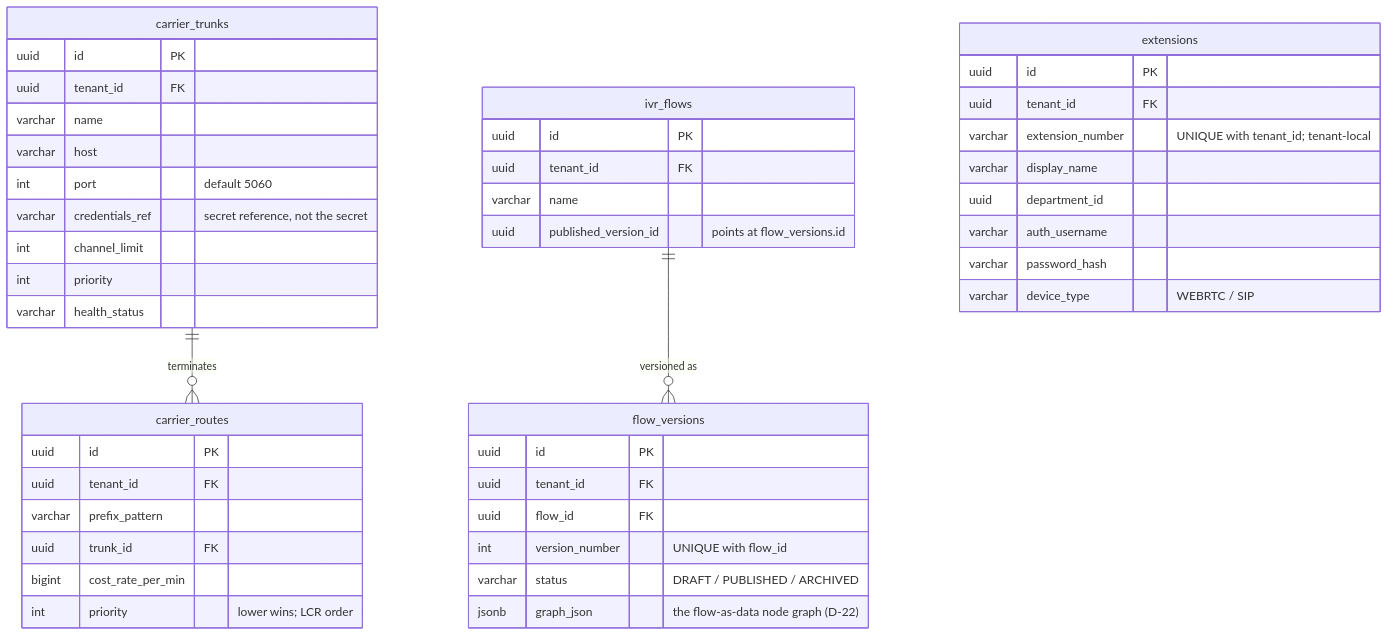
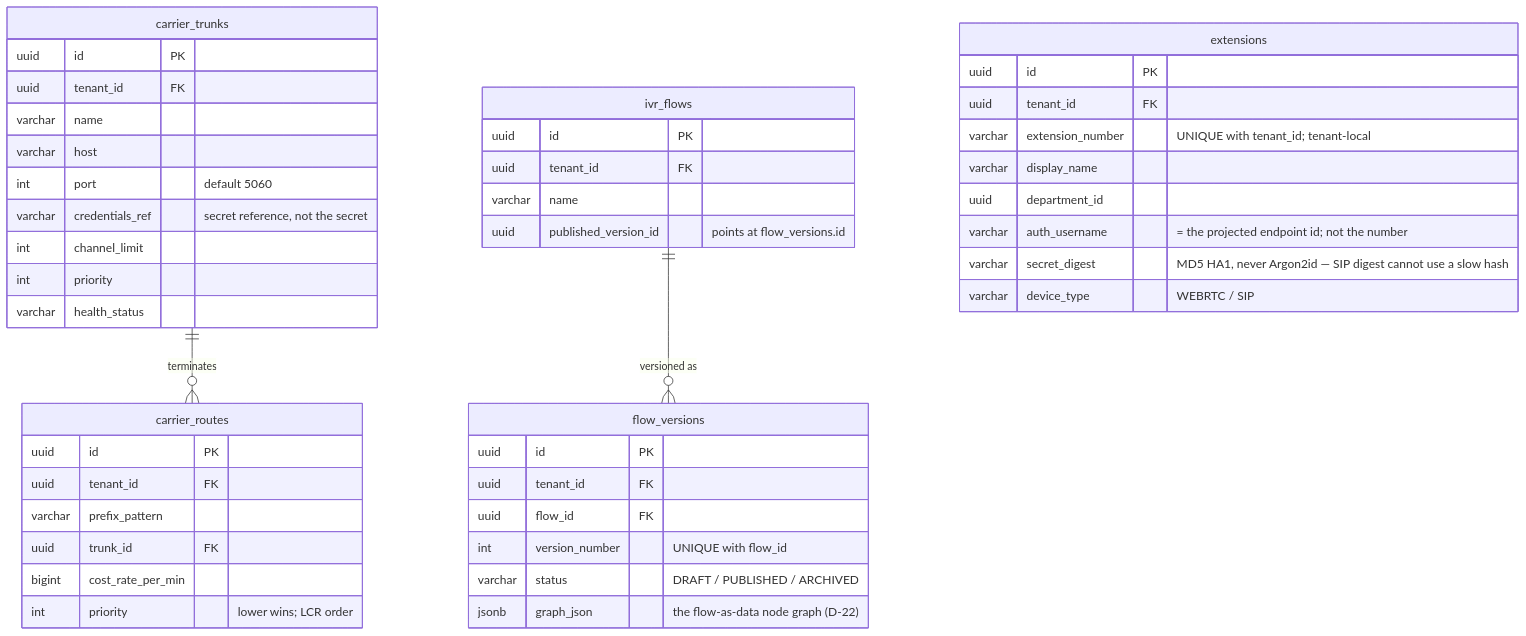
Before and after one commit to Mbaapoh/atsap: the third of 6 diagrams in docs/hld/17-data-model-erd.md, drawn with Mermaid. The commit also changed other lines of this file and 3 other files, not shown here.

````diff
--- a/docs/hld/17-data-model-erd.md
+++ b/docs/hld/17-data-model-erd.md
@@ -137,49 +137,49 @@
 ```mermaid
 erDiagram
     carrier_trunks ||--o{ carrier_routes : "terminates"
     ivr_flows ||--o{ flow_versions : "versioned as"
 
     extensions {
         uuid id PK
         uuid tenant_id FK
         varchar extension_number "UNIQUE with tenant_id; tenant-local"
         varchar display_name
         uuid department_id
-        varchar auth_username
-        varchar password_hash
+        varchar auth_username "= the projected endpoint id; not the number"
+        varchar secret_digest "MD5 HA1, never Argon2id — SIP digest cannot use a slow hash"
         varchar device_type "WEBRTC / SIP"
     }
     carrier_trunks {
         uuid id PK
         uuid tenant_id FK
         varchar name
         varchar host
         int port "default 5060"
         varchar credentials_ref "secret reference, not the secret"
         int channel_limit
         int priority
         varchar health_status
     }
     carrier_routes {
         uuid id PK
         uuid tenant_id FK
         varchar prefix_pattern
         uuid trunk_id FK
         bigint cost_rate_per_min
         int priority "lower wins; LCR order"
     }
     ivr_flows {
         uuid id PK
         uuid tenant_id FK
         varchar name
         uuid published_version_id "points at flow_versions.id"
     }
     flow_versions {
         uuid id PK
         uuid tenant_id FK
         uuid flow_id FK
         int version_number "UNIQUE with flow_id"
         varchar status "DRAFT / PUBLISHED / ARCHIVED"
         jsonb graph_json "the flow-as-data node graph (D-22)"
     }
 ```
````
